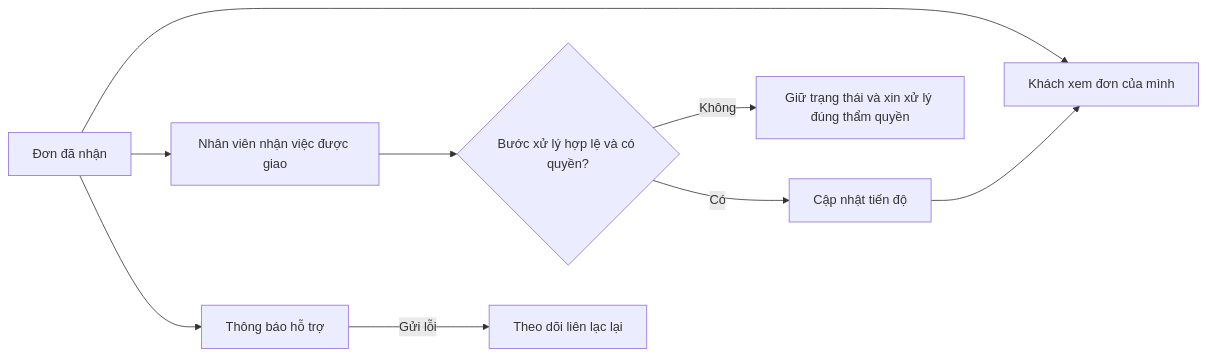
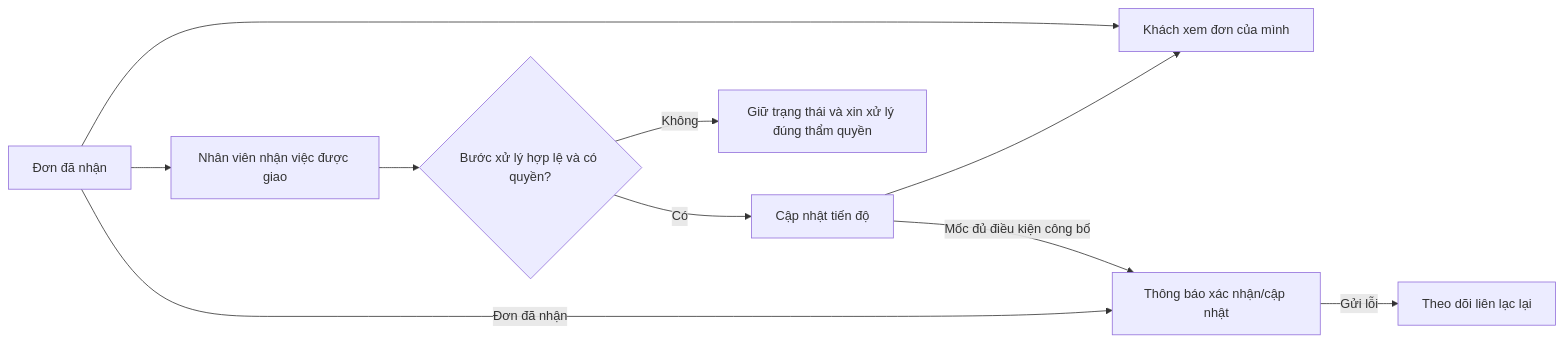
One commit to kieuquy283/EnterpriseE-commercePlatform changed the second of 2 diagrams in docs/02-users/user-journeys.md. Above: the diagram before and after it, drawn with Mermaid. The commit also changed other lines of this file and 49 other files, not shown here.

````diff
--- a/docs/02-users/user-journeys.md
+++ b/docs/02-users/user-journeys.md
@@ -122,11 +122,12 @@
 ```mermaid
 flowchart LR
   O[Đơn đã nhận] --> C[Khách xem đơn của mình]
   O --> S[Nhân viên nhận việc được giao]
   S --> V{Bước xử lý hợp lệ và có quyền?}
   V -->|Không| E[Giữ trạng thái và xin xử lý đúng thẩm quyền]
   V -->|Có| U[Cập nhật tiến độ]
   U --> C
-  O --> N[Thông báo hỗ trợ]
+  U -->|Mốc đủ điều kiện công bố| N[Thông báo xác nhận/cập nhật]
+  O -->|Đơn đã nhận| N
   N -->|Gửi lỗi| F[Theo dõi liên lạc lại]
 ```
````
